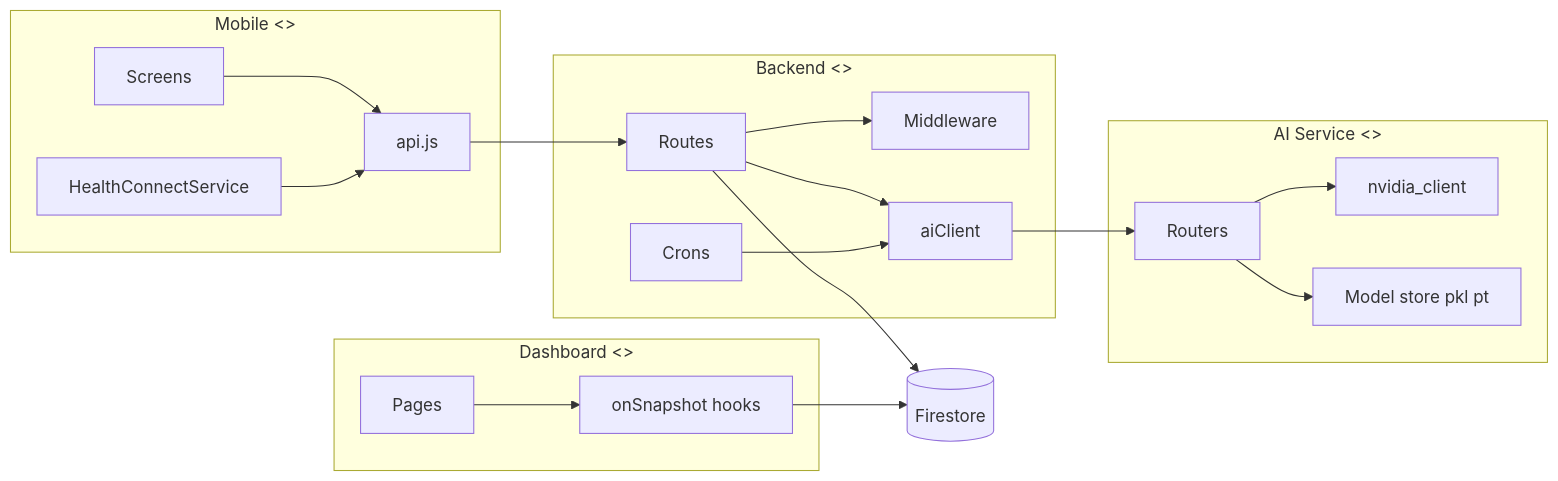
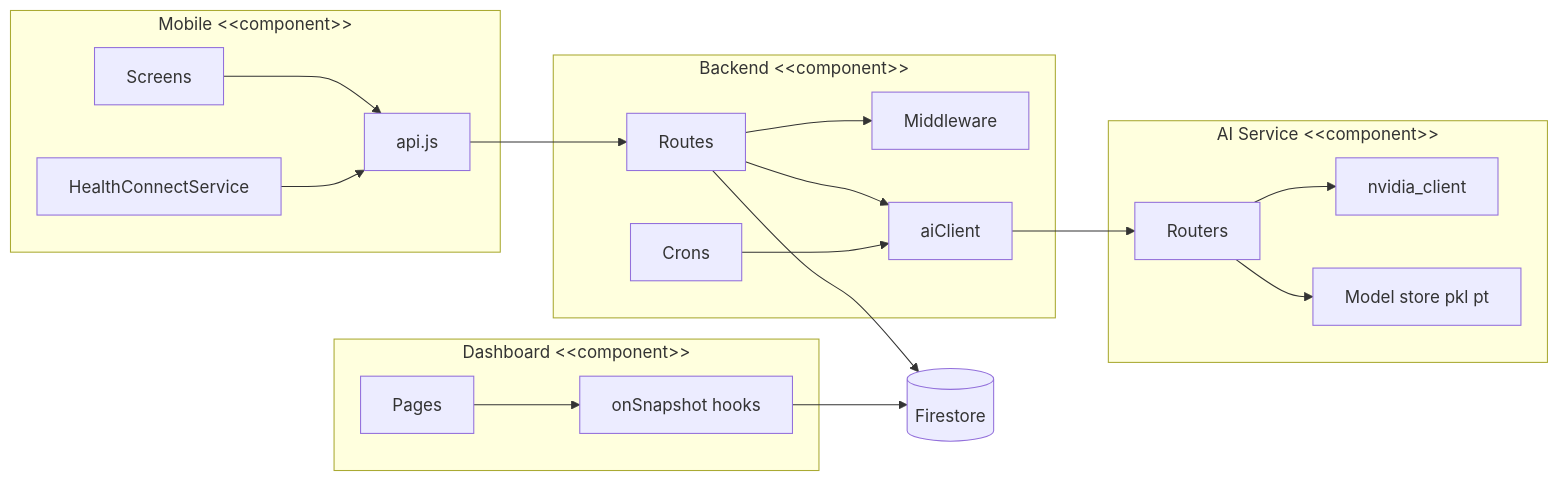
The ninth of 14 diagrams in README.md (KARTHIKAKRISHNA123/niranthara-ai-powered-mental-health-continuity), drawn with Mermaid before and after one commit. The commit also changed other lines of this file and 16 other files, not shown here.

````diff
--- a/README.md
+++ b/README.md
@@ -511,23 +517,23 @@
 ```mermaid
 flowchart LR
-  subgraph CMP1A["Mobile <<component>>"]
-    CMP1B["Screens"] --> CMP1C["api.js"] 
+  subgraph CMP1A["Mobile &lt;&lt;component&gt;&gt;"]
+    CMP1B["Screens"] --> CMP1C["api.js"]
     CMP1D["HealthConnectService"] --> CMP1C
   end
-  subgraph CMP2A["Backend <<component>>"]
+  subgraph CMP2A["Backend &lt;&lt;component&gt;&gt;"]
     CMP2B["Routes"] --> CMP2C["Middleware"]
     CMP2B --> CMP2D["aiClient"]
     CMP2E["Crons"] --> CMP2D
   end
-  subgraph CMP3A["AI Service <<component>>"]
+  subgraph CMP3A["AI Service &lt;&lt;component&gt;&gt;"]
     CMP3B["Routers"] --> CMP3C["nvidia_client"]
     CMP3B --> CMP3D["Model store pkl pt"]
   end
-  subgraph CMP4A["Dashboard <<component>>"]
+  subgraph CMP4A["Dashboard &lt;&lt;component&gt;&gt;"]
     CMP4B["Pages"] --> CMP4C["onSnapshot hooks"]
   end
   CMP1C --> CMP2B
   CMP2D --> CMP3B
   CMP4C --> FS[("Firestore")]
   CMP2B --> FS
 ```
````
